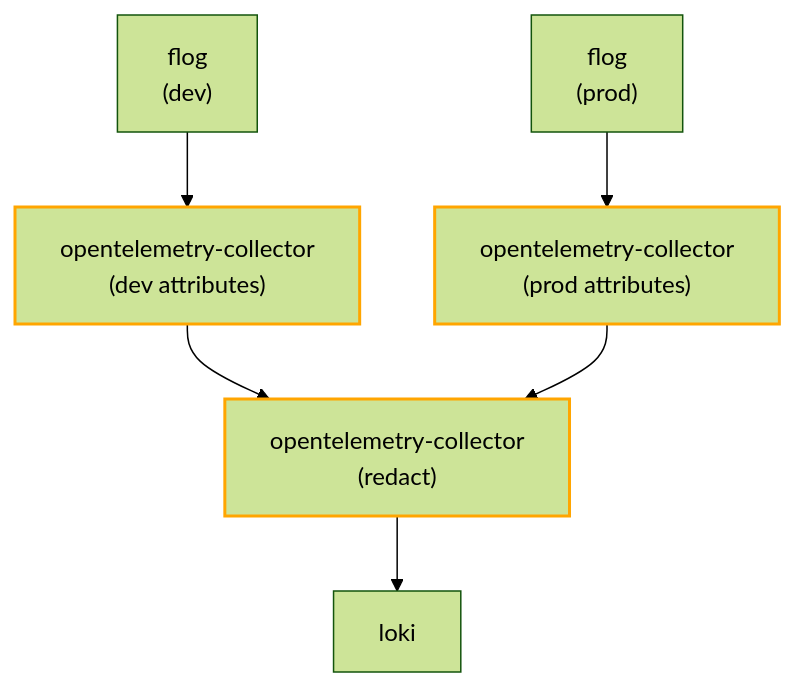
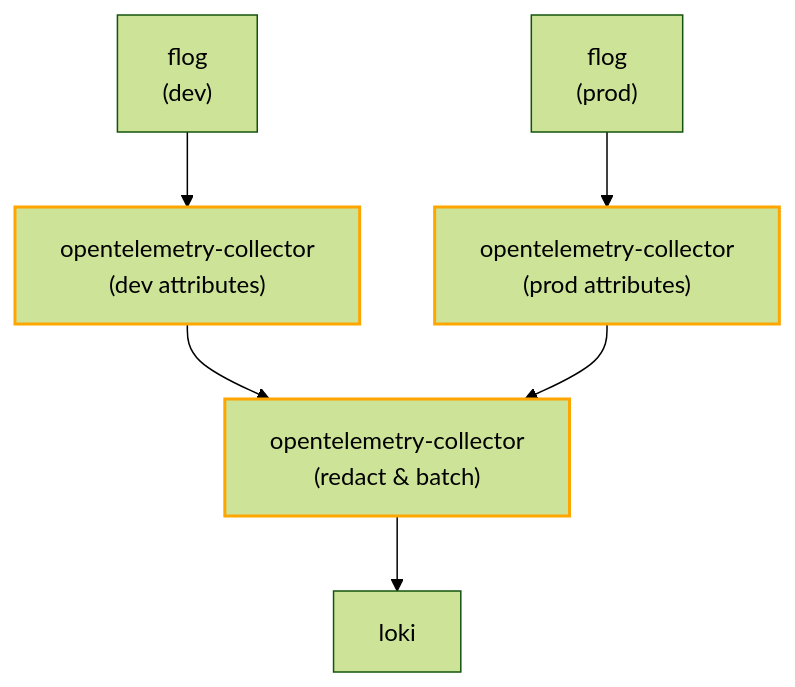
Before and after one commit to canonical/observability-stack: the second of 2 diagrams in docs/how-to/tiered-otelcols.md, drawn with Mermaid (forest theme). The commit also changed other lines of this file and 4 other files, not shown here.

````diff
--- a/docs/how-to/tiered-otelcols.md
+++ b/docs/how-to/tiered-otelcols.md
@@ -49,14 +49,14 @@
 ```{mermaid}
 flowchart TB
 
 flog-dev["flog<br>(dev)"] --> dev
 dev["opentelemetry-collector<br>(dev attributes)"] --> fan-in
 
 flog-prod["flog<br>(prod)"] --> prod
 prod["opentelemetry-collector<br>(prod attributes)"] --> fan-in
 
-fan-in["opentelemetry-collector<br>(redact)"] --> loki[loki]
+fan-in["opentelemetry-collector<br>(redact & batch)"] --> loki[loki]
 
 class fan-in,dev,prod thickStroke;
 classDef thickStroke stroke-width:2px, stroke:#FFA500;
 ```
````
